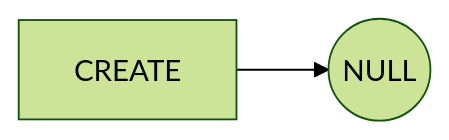
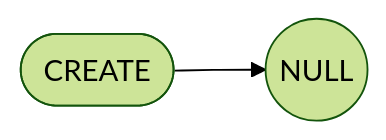
The second of 6 diagrams in docs/concepts/flow/02-statuses.md (sablier-labs/docs), drawn with Mermaid (forest theme) before and after one commit. The commit also changed other lines of this file and 274 other files, not shown here.

````diff
--- a/docs/concepts/flow/02-statuses.md
+++ b/docs/concepts/flow/02-statuses.md
@@ -67,4 +69,4 @@
 ```mermaid
 flowchart LR
-    CR[CREATE] --> NULL((NULL))
+    CR([CREATE]) --> NULL((NULL))
 ```
````
